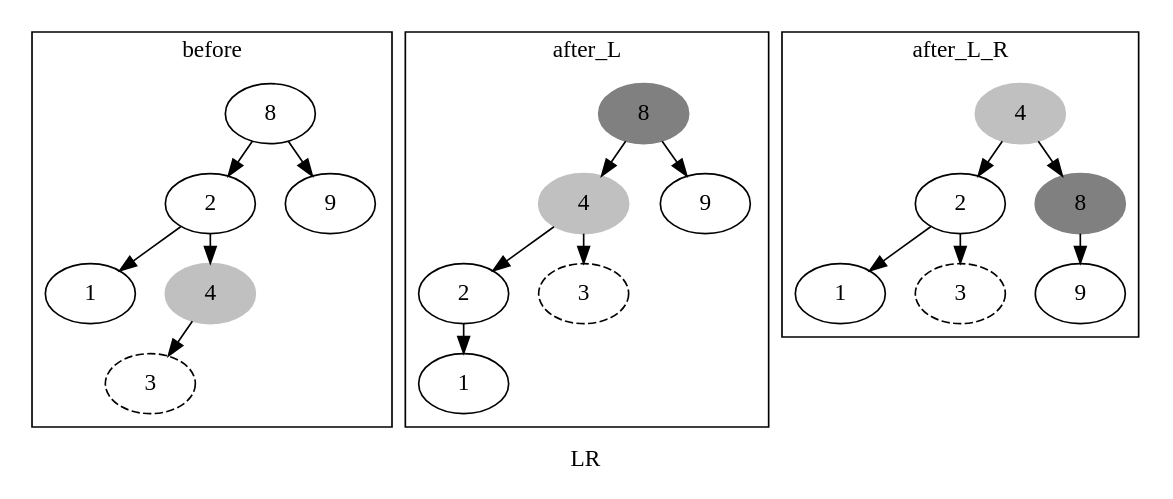
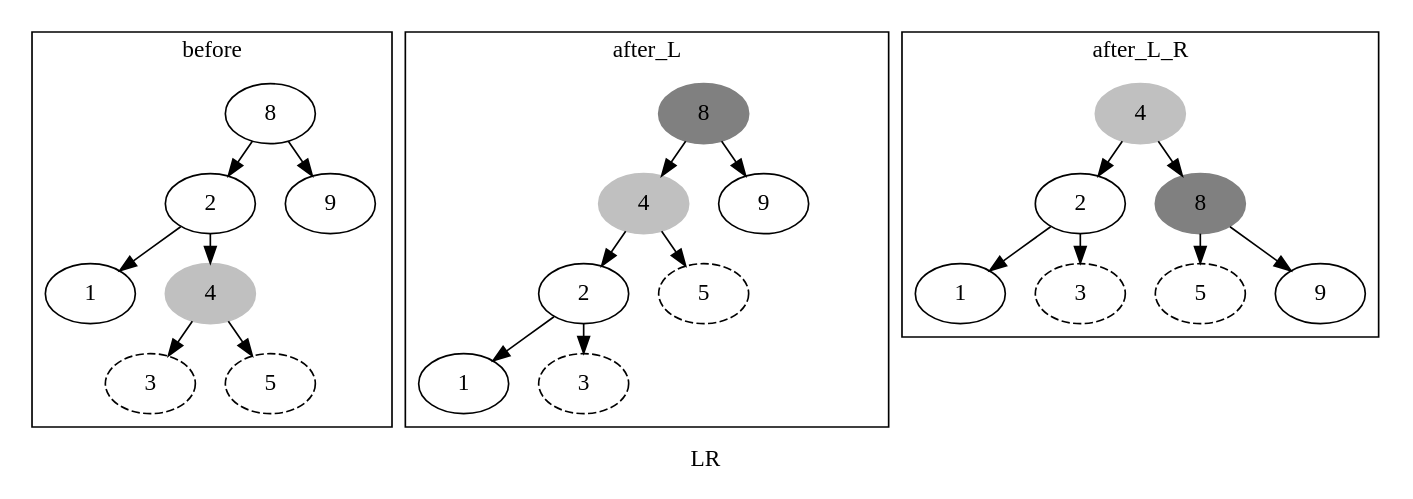
Before and after one commit to Meidozuki/Meidozuki.github.io: the diagram in 3-Tree/img/LR.dot, drawn with Graphviz. The commit also changed 2 other files, not shown here.

```diff
--- a/3-Tree/img/LR.dot
+++ b/3-Tree/img/LR.dot
@@ -1,60 +1,66 @@
 digraph  {
     label=LR
     ranksep=0.25
     subgraph cluster{
         label=before
         a8->a2
         a8->a9
         a2->a1
         a2->a4->a3
+        a4->a5
 
         a1[label=1]
         a2[label=2]
         a3[label=3,style=dashed]
+        a5[label=5,style=dashed]
         a4[label=4,style=filled,color="#c0c0c0"]
         a8[label=8]
         a9[label=9]
         
         node[style=invis]
         edge[style=invis]
-        a4->a5
         a9->a10
         
     }
     
     subgraph cluster2{
         label=after_L
         b8->b4
         b8->b9
         b4->b2->b1
-        b4->b3
+        b4->b5
+        b2->b3
 
         b1[label=1]
         b2[label=2]
         b3[label=3,style=dashed]
+        b5[label=5,style=dashed]
         b4[label=4,style=filled,color="#c0c0c0"]
         b8[label=8,style=filled,color="#808080"]
         b9[label=9]
 
         node[style=invis]
         edge[style=invis]
-        b9->b10
+        b5->b0
+        b5->b00
     }
 
     subgraph cluster3{
         label=after_L_R
         c4->c2
         c4->c8
+        c8->c5
         c8->c9
         c2->c1
         c2->c3
 
         c1[label=1]
         c2[label=2]
         c3[label=3,style=dashed]
+        c5[label=5,style=dashed]
         c4[label=4,style=filled,color="#c0c0c0"]
         c8[label=8,style=filled,color="#808080"]
         c9[label=9]
 
     }
 }
```
